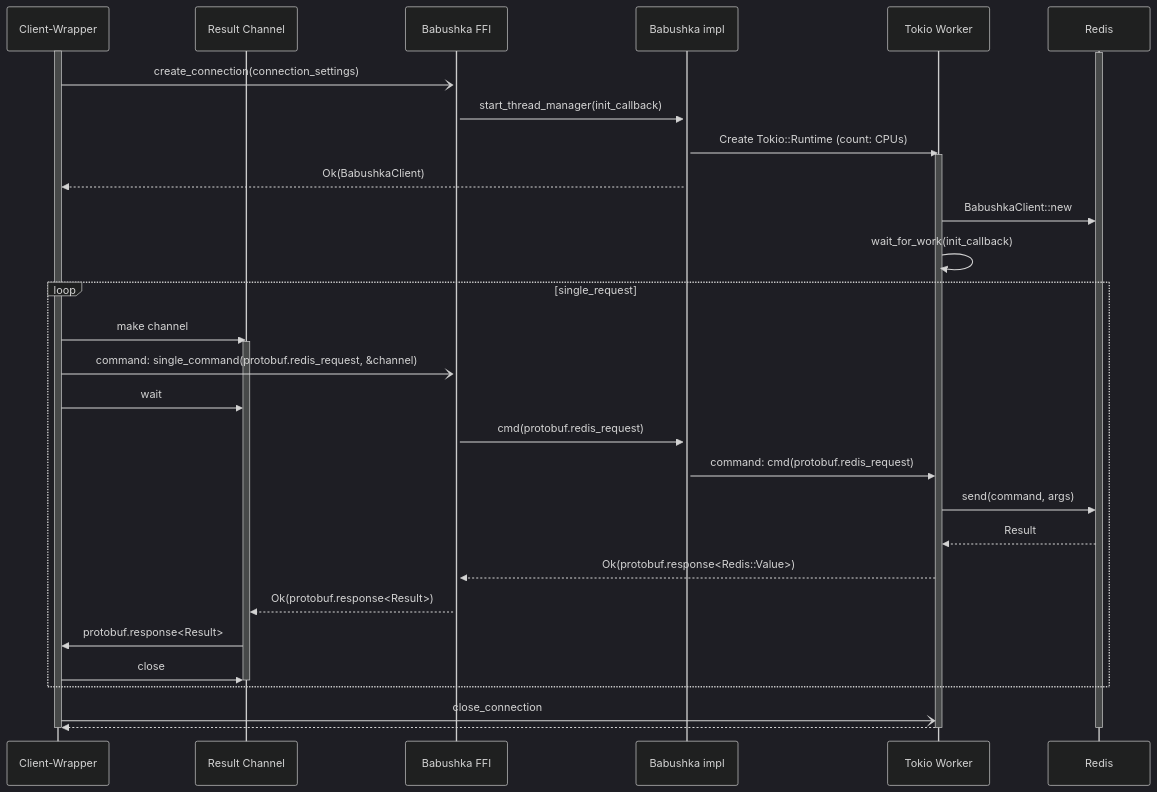
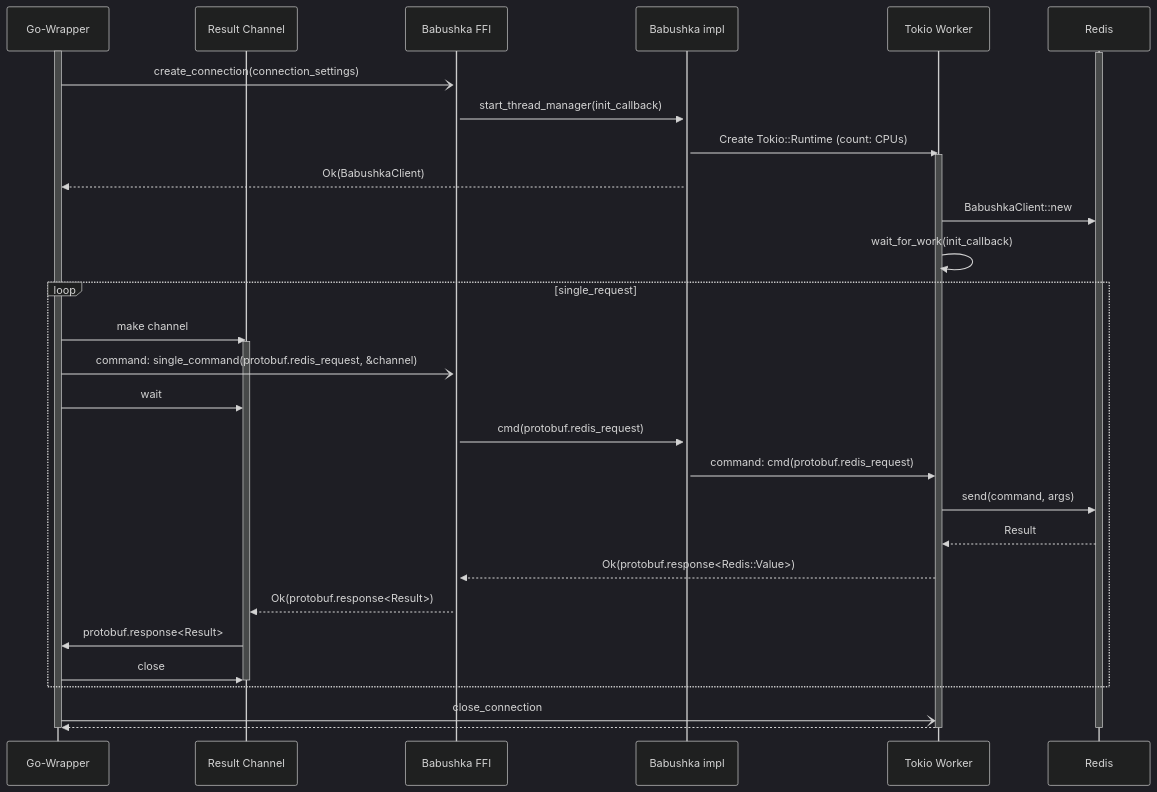
The fourth of 4 diagrams in docs/design-raw-ffi.md (Bit-Quill/valkey-glide), drawn with Mermaid (dark theme) before and after one commit. The commit also changed other lines of this file, not shown here.

````diff
--- a/docs/design-raw-ffi.md
+++ b/docs/design-raw-ffi.md
@@ -186,42 +185,42 @@
 ```mermaid
 sequenceDiagram
 
-participant Wrapper as Client-Wrapper
+participant Wrapper as Go-Wrapper
 participant channel as Result Channel 
 participant ffi as Babushka FFI
 participant manager as Babushka impl
 participant worker as Tokio Worker
 participant Client as Redis
 
 activate Wrapper
 activate Client
 Wrapper -)+ ffi: create_connection(connection_settings)
 ffi ->>+ manager: start_thread_manager(init_callback)
     manager ->> worker: Create Tokio::Runtime (count: CPUs)
         activate worker
     manager -->> Wrapper: Ok(BabushkaClient)
         worker ->> Client: BabushkaClient::new
         worker ->> worker: wait_for_work(init_callback)
 
 loop single_request
 Wrapper ->> channel: make channel
     activate channel
 Wrapper -) ffi: command: single_command(protobuf.redis_request, &channel)
 Wrapper ->> channel: wait
     ffi ->> manager: cmd(protobuf.redis_request)
         manager ->> worker: command: cmd(protobuf.redis_request)
             worker ->> Client: send(command, args)
             Client -->> worker: Result
         worker -->> ffi: Ok(protobuf.response<Redis::Value>)
     ffi -->> channel: Ok(protobuf.response<Result>)
 channel ->> Wrapper: protobuf.response<Result>
 Wrapper ->> channel: close
     deactivate channel
 end
 
 Wrapper -) worker: close_connection
     worker -->> Wrapper: 
     deactivate worker
     deactivate Wrapper
     deactivate Client
 ```
````
